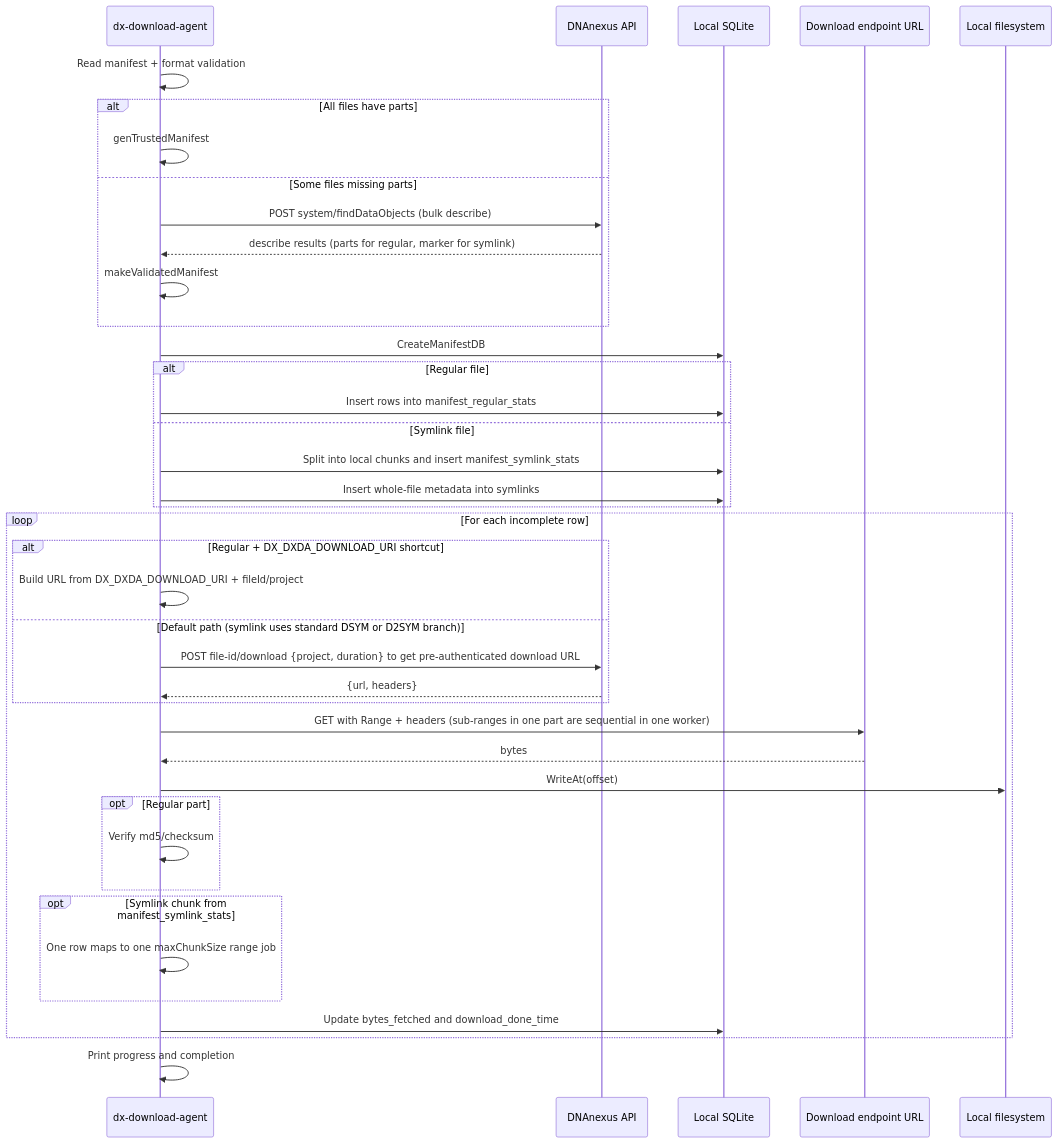
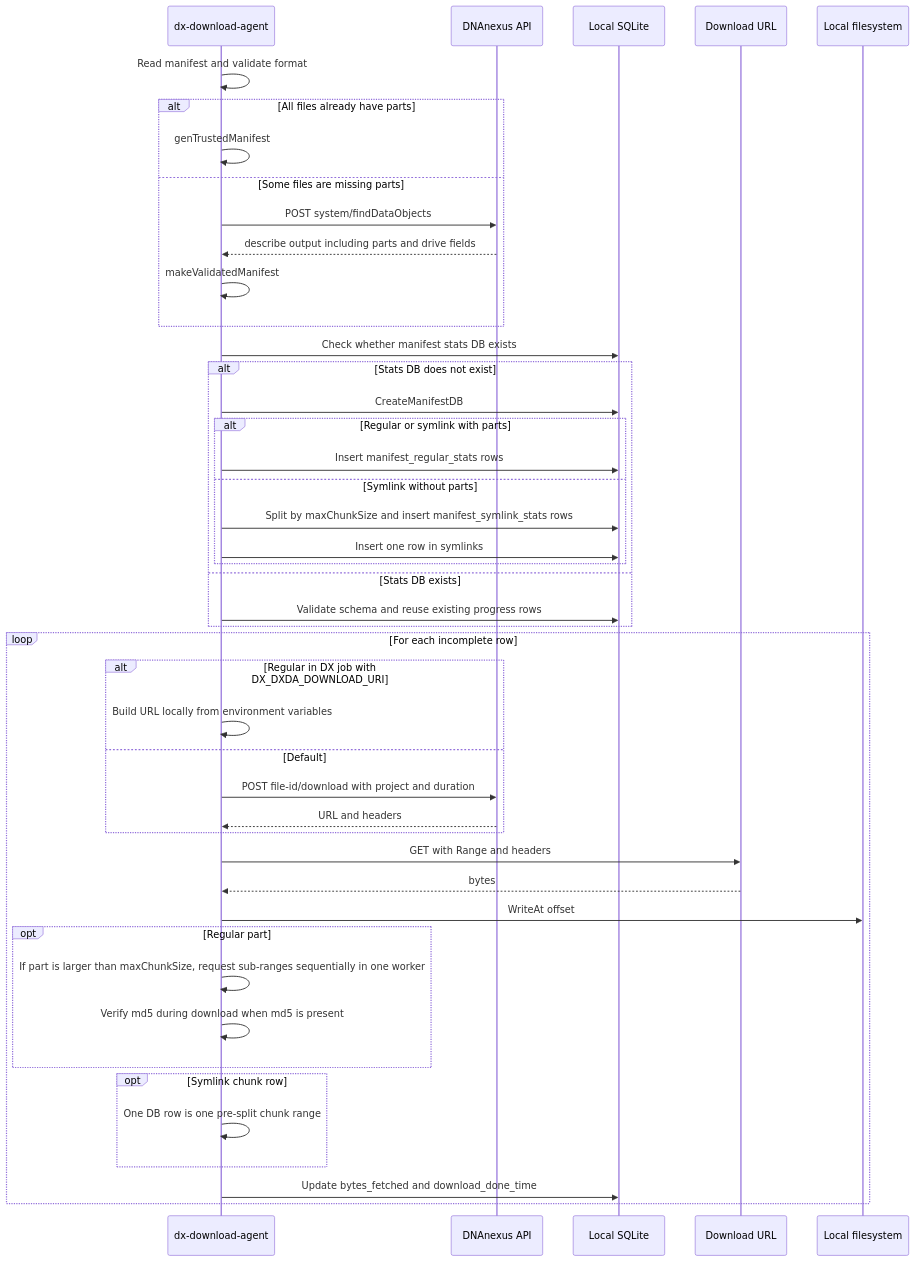
One commit to dnanexus/dxda changed the fourth of 4 diagrams in doc/DXDA_DOWNLOAD_FLOW.md. Above: the diagram before and after it, drawn with Mermaid. The commit also changed other lines of this file, not shown here.

````diff
--- a/doc/DXDA_DOWNLOAD_FLOW.md
+++ b/doc/DXDA_DOWNLOAD_FLOW.md
@@ -150,47 +230,51 @@
 ```mermaid
 sequenceDiagram
     participant CLI as dx-download-agent
     participant API as DNAnexus API
     participant DB as Local SQLite
-    participant DL as Download endpoint URL
+    participant DL as Download URL
     participant FS as Local filesystem
 
-    CLI->>CLI: Read manifest + format validation
-    alt All files have parts
+    CLI->>CLI: Read manifest and validate format
+    alt All files already have parts
         CLI->>CLI: genTrustedManifest
-    else Some files missing parts
-        CLI->>API: POST system/findDataObjects (bulk describe)
-        API-->>CLI: describe results (parts for regular, marker for symlink)
+    else Some files are missing parts
+        CLI->>API: POST system/findDataObjects
+        API-->>CLI: describe output including parts and drive fields
         CLI->>CLI: makeValidatedManifest
     end
 
-    CLI->>DB: CreateManifestDB
-    alt Regular file
-        CLI->>DB: Insert rows into manifest_regular_stats
-    else Symlink file
-        CLI->>DB: Split into local chunks and insert manifest_symlink_stats
-        CLI->>DB: Insert whole-file metadata into symlinks
+    CLI->>DB: Check whether manifest stats DB exists
+    alt Stats DB does not exist
+        CLI->>DB: CreateManifestDB
+        alt Regular or symlink with parts
+            CLI->>DB: Insert manifest_regular_stats rows
+        else Symlink without parts
+            CLI->>DB: Split by maxChunkSize and insert manifest_symlink_stats rows
+            CLI->>DB: Insert one row in symlinks
+        end
+    else Stats DB exists
+        CLI->>DB: Validate schema and reuse existing progress rows
     end
 
     loop For each incomplete row
-        alt Regular + DX_DXDA_DOWNLOAD_URI shortcut
-            CLI->>CLI: Build URL from DX_DXDA_DOWNLOAD_URI + fileId/project
-        else Default path (symlink uses standard DSYM or D2SYM branch)
-            CLI->>API: POST file-id/download {project, duration} to get pre-authenticated download URL
-            API-->>CLI: {url, headers}
+        alt Regular in DX job with DX_DXDA_DOWNLOAD_URI
+            CLI->>CLI: Build URL locally from environment variables
+        else Default
+            CLI->>API: POST file-id/download with project and duration
+            API-->>CLI: URL and headers
         end
 
-        CLI->>DL: GET with Range + headers (sub-ranges in one part are sequential in one worker)
+        CLI->>DL: GET with Range and headers
         DL-->>CLI: bytes
-        CLI->>FS: WriteAt(offset)
+        CLI->>FS: WriteAt offset
         opt Regular part
-            CLI->>CLI: Verify md5/checksum
+            CLI->>CLI: If part is larger than maxChunkSize, request sub-ranges sequentially in one worker
+            CLI->>CLI: Verify md5 during download when md5 is present
         end
-        opt Symlink chunk from manifest_symlink_stats
-            CLI->>CLI: One row maps to one maxChunkSize range job
+        opt Symlink chunk row
+            CLI->>CLI: One DB row is one pre-split chunk range
         end
         CLI->>DB: Update bytes_fetched and download_done_time
     end
-
-    CLI->>CLI: Print progress and completion
 ```
````
